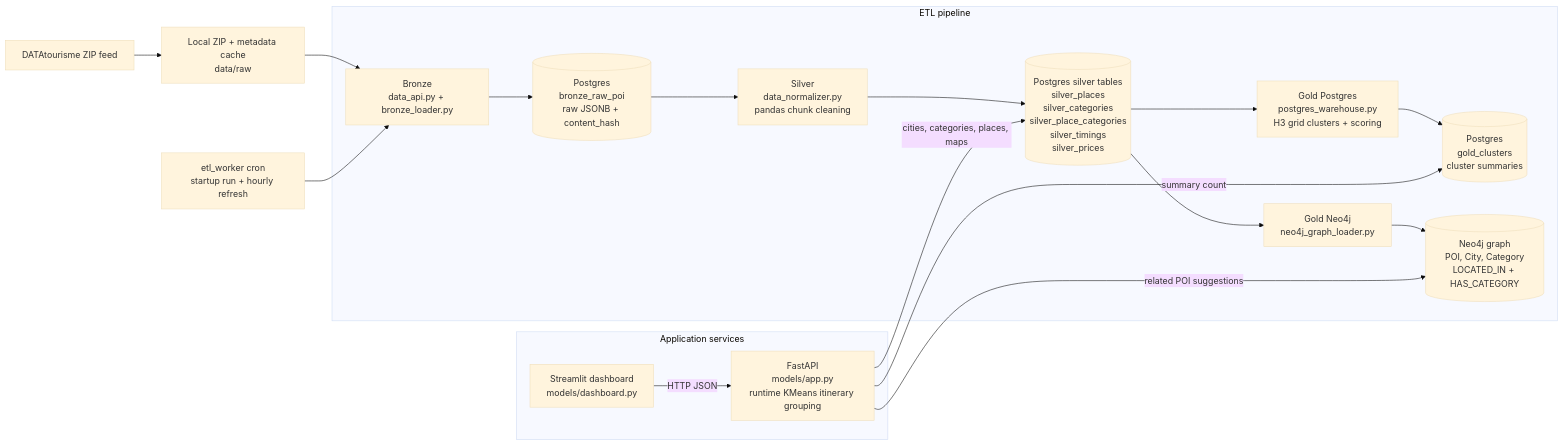
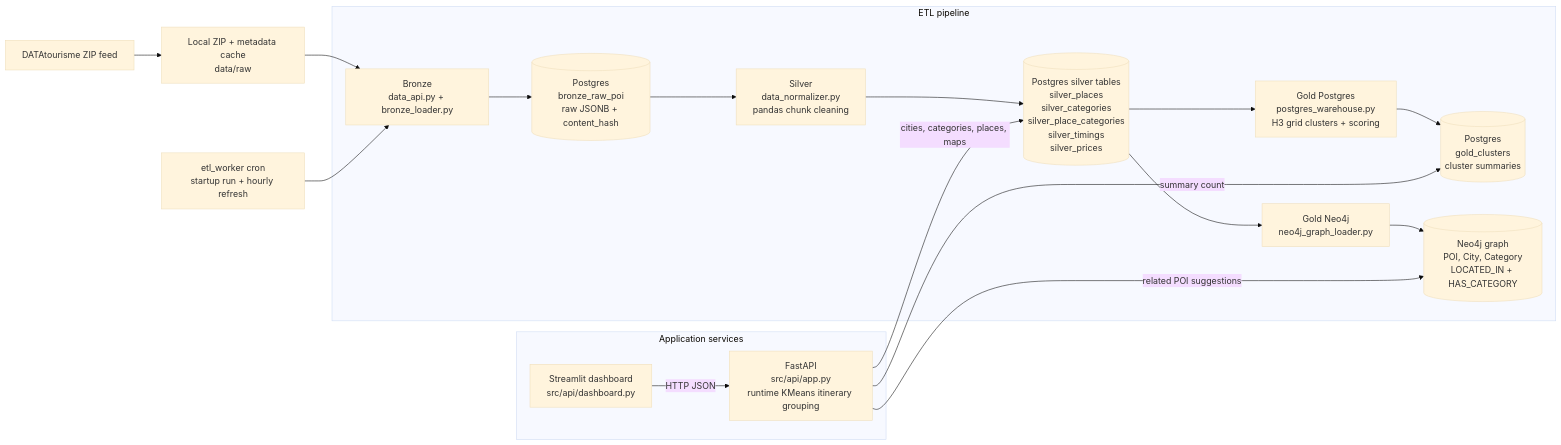
Before and after one commit to HassanSalamB/tourism-big-data-recommender: the diagram in architecture.mmd, drawn with Mermaid (base theme). The commit also changed 10 other files, not shown here.

Commit message:
Move app entrypoints into src api

```diff
--- a/architecture.mmd
+++ b/architecture.mmd
@@ -1,31 +1,31 @@
 flowchart LR
     DATATOURISME["DATAtourisme ZIP feed"]
     CACHE["Local ZIP + metadata cache<br/>data/raw"]
     CRON["etl_worker cron<br/>startup run + hourly refresh"]
 
     subgraph ETL["ETL pipeline"]
         BRONZE_CODE["Bronze<br/>data_api.py + bronze_loader.py"]
         BRONZE_DB[("Postgres<br/>bronze_raw_poi<br/>raw JSONB + content_hash")]
         SILVER_CODE["Silver<br/>data_normalizer.py<br/>pandas chunk cleaning"]
         SILVER_DB[("Postgres silver tables<br/>silver_places<br/>silver_categories<br/>silver_place_categories<br/>silver_timings<br/>silver_prices")]
         GOLD_PG_CODE["Gold Postgres<br/>postgres_warehouse.py<br/>H3 grid clusters + scoring"]
         GOLD_CLUSTER_DB[("Postgres<br/>gold_clusters<br/>cluster summaries")]
         GOLD_NEO_CODE["Gold Neo4j<br/>neo4j_graph_loader.py"]
         NEO_DB[("Neo4j graph<br/>POI, City, Category<br/>LOCATED_IN + HAS_CATEGORY")]
     end
 
     subgraph APP["Application services"]
-        FASTAPI["FastAPI<br/>models/app.py<br/>runtime KMeans itinerary grouping"]
-        STREAMLIT["Streamlit dashboard<br/>models/dashboard.py"]
+        FASTAPI["FastAPI<br/>src/api/app.py<br/>runtime KMeans itinerary grouping"]
+        STREAMLIT["Streamlit dashboard<br/>src/api/dashboard.py"]
     end
 
     DATATOURISME --> CACHE --> BRONZE_CODE
     CRON --> BRONZE_CODE
     BRONZE_CODE --> BRONZE_DB --> SILVER_CODE --> SILVER_DB
     SILVER_DB --> GOLD_PG_CODE --> GOLD_CLUSTER_DB
     SILVER_DB --> GOLD_NEO_CODE --> NEO_DB
 
     STREAMLIT -->|"HTTP JSON"| FASTAPI
     FASTAPI -->|"cities, categories, places, maps"| SILVER_DB
     FASTAPI -->|"summary count"| GOLD_CLUSTER_DB
     FASTAPI -->|"related POI suggestions"| NEO_DB
```
